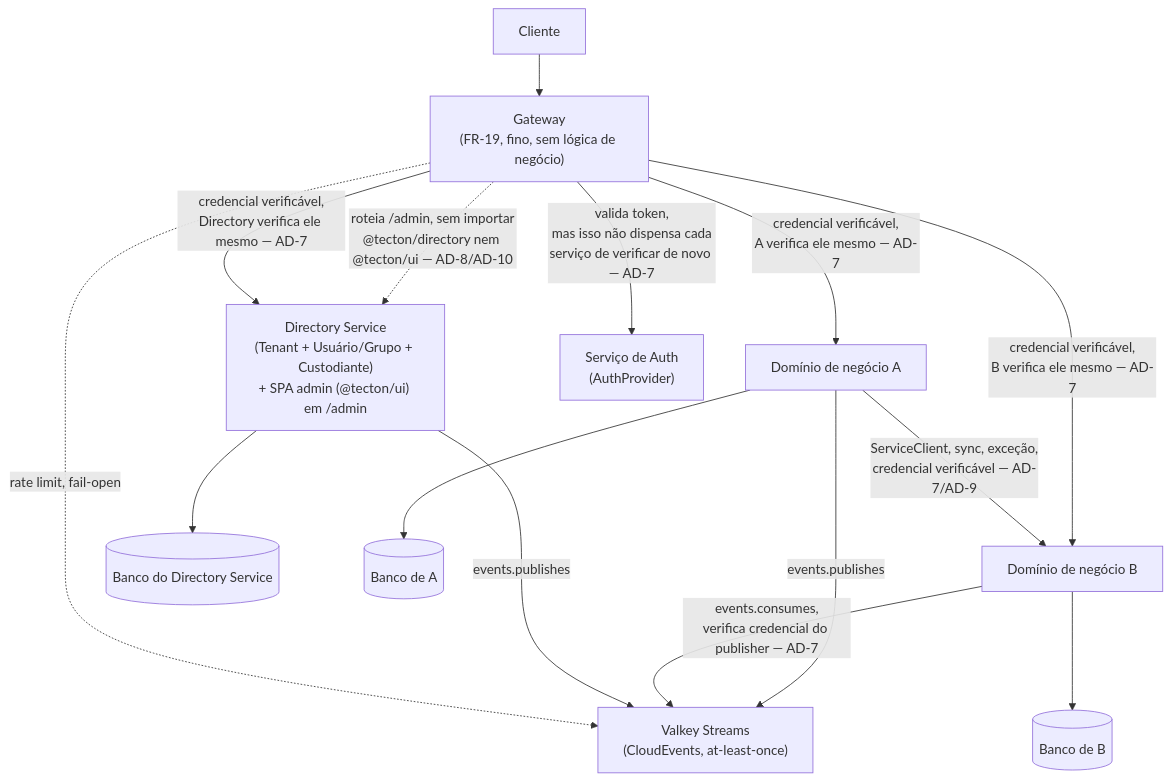
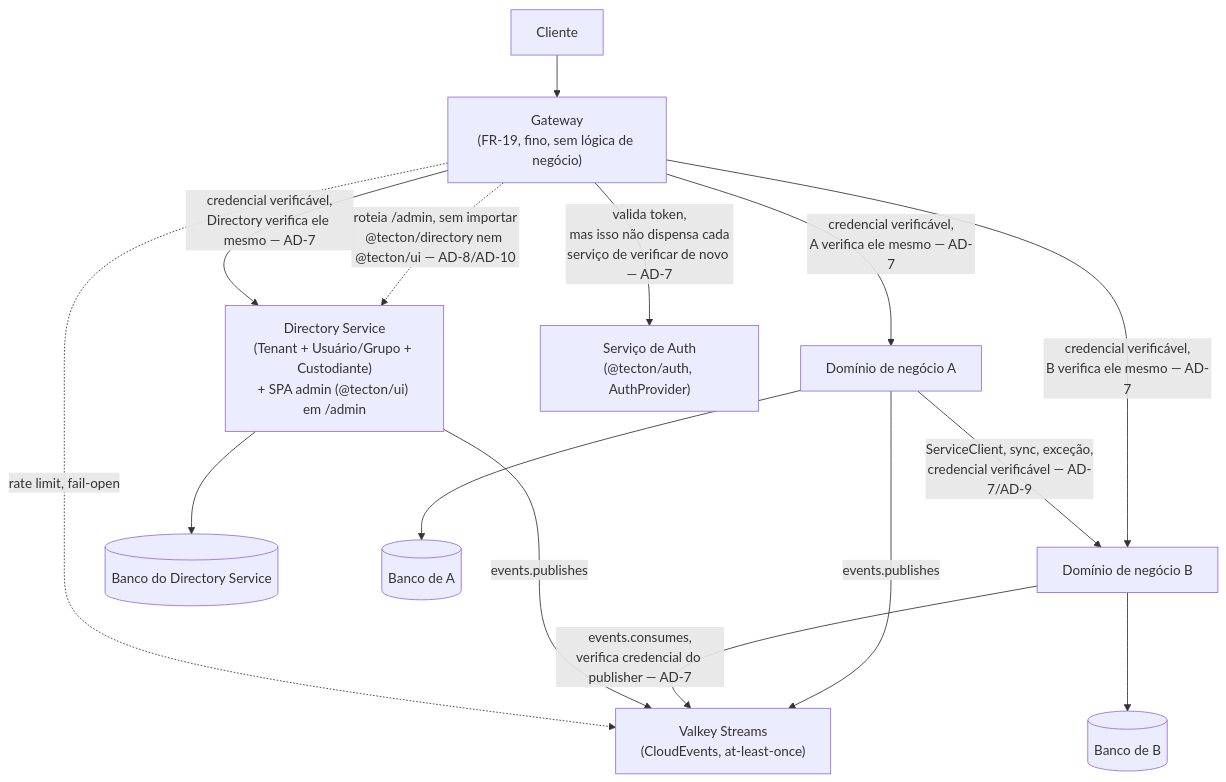
The third of 3 diagrams in _bmad-output/planning-artifacts/architecture/architecture-Tecton-2026-08-28/ARCHITECTURE-SPINE.md (rvavretchek/tecton), drawn with Mermaid before and after one commit. The commit also changed other lines of this file and 12 other files, not shown here.

````diff
--- a/_bmad-output/planning-artifacts/architecture/architecture-Tecton-2026-08-28/ARCHITECTURE-SPINE.md
+++ b/_bmad-output/planning-artifacts/architecture/architecture-Tecton-2026-08-28/ARCHITECTURE-SPINE.md
@@ -184,17 +201,17 @@
 ```mermaid
 graph TB
     Client["Cliente"] --> Gateway["Gateway<br/>(FR-19, fino, sem lógica de negócio)"]
     Gateway -.->|roteia /admin, sem importar<br/>@tecton/directory nem @tecton/ui — AD-8/AD-10| Directory
     Gateway -->|credencial verificável,<br/>Directory verifica ele mesmo — AD-7| Directory["Directory Service<br/>(Tenant + Usuário/Grupo + Custodiante)<br/>+ SPA admin (@tecton/ui) em /admin"]
     Gateway -->|credencial verificável,<br/>A verifica ele mesmo — AD-7| DomainA["Domínio de negócio A"]
     Gateway -->|credencial verificável,<br/>B verifica ele mesmo — AD-7| DomainB["Domínio de negócio B"]
     DomainA -->|ServiceClient, sync, exceção,<br/>credencial verificável — AD-7/AD-9| DomainB
     DomainA -->|events.publishes| Valkey["Valkey Streams<br/>(CloudEvents, at-least-once)"]
     DomainB -->|events.consumes,<br/>verifica credencial do publisher — AD-7| Valkey
     Directory -->|events.publishes| Valkey
     Directory --> DirDB[("Banco do Directory Service")]
     DomainA --> DBA[("Banco de A")]
     DomainB --> DBB[("Banco de B")]
     Gateway -.->|rate limit, fail-open| Valkey
-    Gateway -->|valida token,<br/>mas isso não dispensa cada<br/>serviço de verificar de novo — AD-7| AuthSvc["Serviço de Auth<br/>(AuthProvider)"]
+    Gateway -->|valida token,<br/>mas isso não dispensa cada<br/>serviço de verificar de novo — AD-7| AuthSvc["Serviço de Auth<br/>(@tecton/auth, AuthProvider)"]
 ```
````
